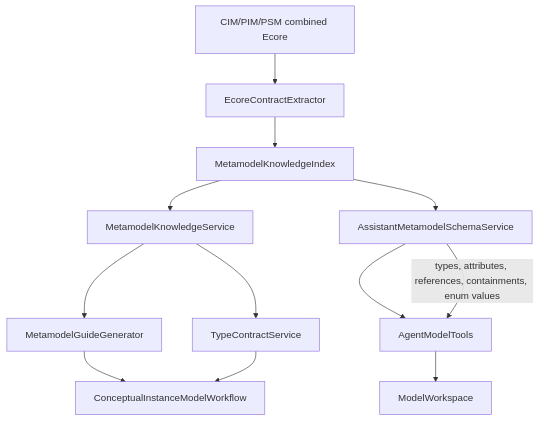
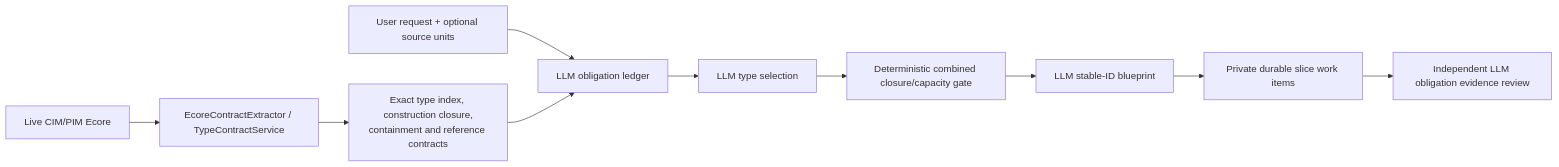
The first of 2 diagrams in docs/diagrams/16-ai-assistant-rag-and-memory.md (mehdieidi/modriss), drawn with Mermaid before and after one commit. The commit also changed other lines of this file and 52 other files, not shown here.

First line of the commit message:
test(ai): add tests for agent action schema and turn loop behavior and update docs

````diff
--- a/docs/diagrams/16-ai-assistant-rag-and-memory.md
+++ b/docs/diagrams/16-ai-assistant-rag-and-memory.md
@@ -5,20 +5,12 @@
 ```mermaid
-flowchart TD
-    ecore["CIM/PIM/PSM combined Ecore"]
-    extractor["EcoreContractExtractor"]
-    index["MetamodelKnowledgeIndex"]
-    knowledge["MetamodelKnowledgeService"]
-    guide["MetamodelGuideGenerator"]
-    contracts["TypeContractService"]
-    conceptual["ConceptualInstanceModelWorkflow"]
-    schema["AssistantMetamodelSchemaService"]
-    tools["AgentModelTools"]
-    workspace["ModelWorkspace"]
-
-    ecore --> extractor --> index
-    index --> knowledge --> guide --> conceptual
-    knowledge --> contracts --> conceptual
-    index --> schema --> tools
-    tools --> workspace
-    schema -->|"types, attributes, references, containments, enum values"| tools
+flowchart LR
+    Ecore["Live CIM/PIM Ecore"] --> Extract["EcoreContractExtractor / TypeContractService"]
+    Extract --> Index["Exact type index, construction closure,<br/>containment and reference contracts"]
+    Request["User request + optional source units"] --> Ledger["LLM obligation ledger"]
+    Index --> Ledger
+    Ledger --> Select["LLM type selection"]
+    Select --> Capacity["Deterministic combined closure/capacity gate"]
+    Capacity --> Blueprint["LLM stable-ID blueprint"]
+    Blueprint --> WorkItems["Private durable slice work items"]
+    WorkItems --> Review["Independent LLM obligation evidence review"]
 ```
````
